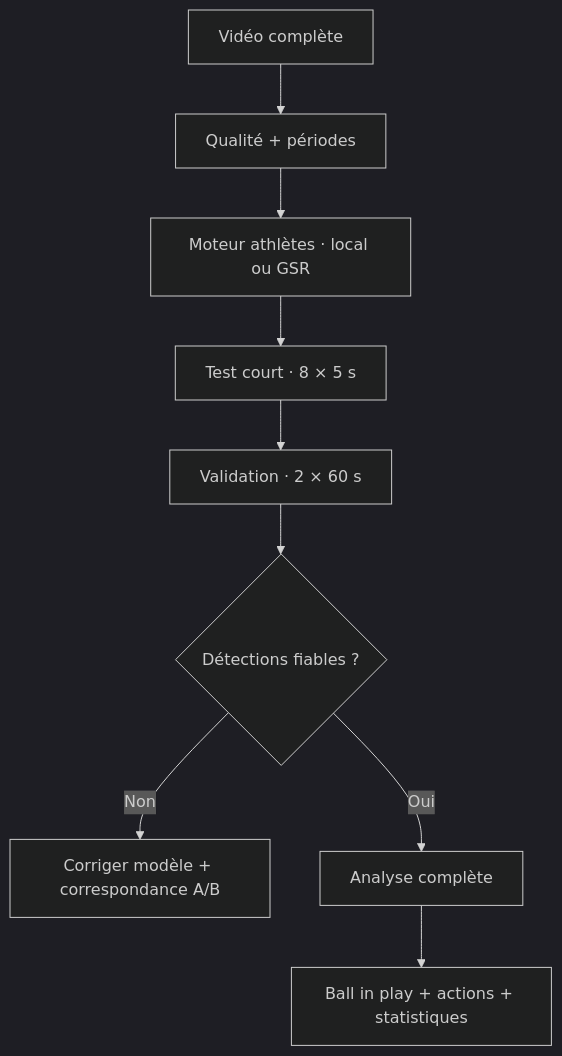
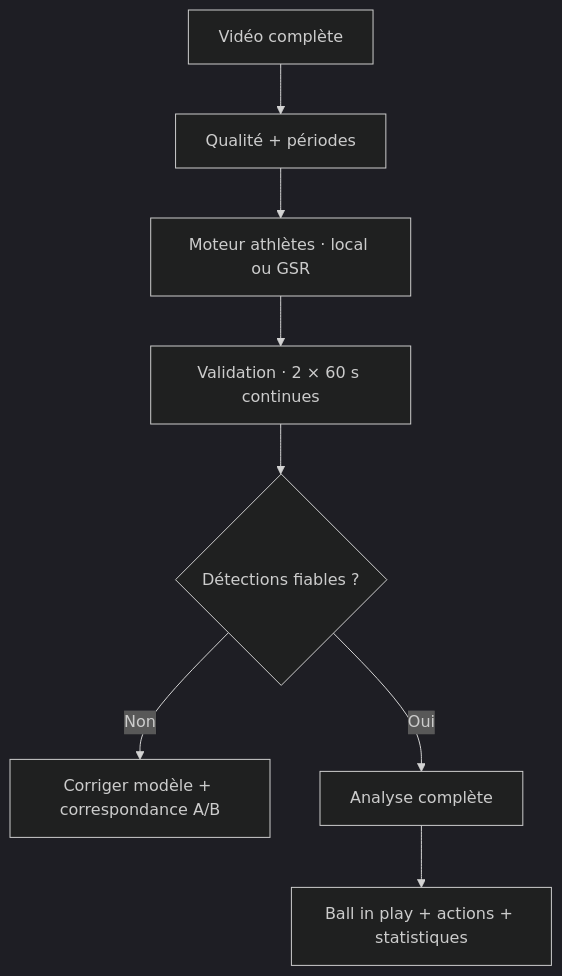
Before and after one commit to hammouda93/football-tracking: the diagram in README.md, drawn with Mermaid (dark theme). The commit also changed other lines of this file and 7 other files, not shown here.

````diff
--- a/README.md
+++ b/README.md
@@ -37,11 +37,10 @@
 ```mermaid
 flowchart TD
     A["Vidéo complète"] --> B["Qualité + périodes"]
     B --> C["Moteur athlètes · local ou GSR"]
-    C --> I["Test court · 8 × 5 s"]
-    I --> D["Validation · 2 × 60 s"]
+    C --> D["Validation · 2 × 60 s continues"]
     D --> E{"Détections fiables ?"}
     E -->|Non| F["Corriger modèle + correspondance A/B"]
     E -->|Oui| G["Analyse complète"]
     G --> H["Ball in play + actions + statistiques"]
 ```
````
